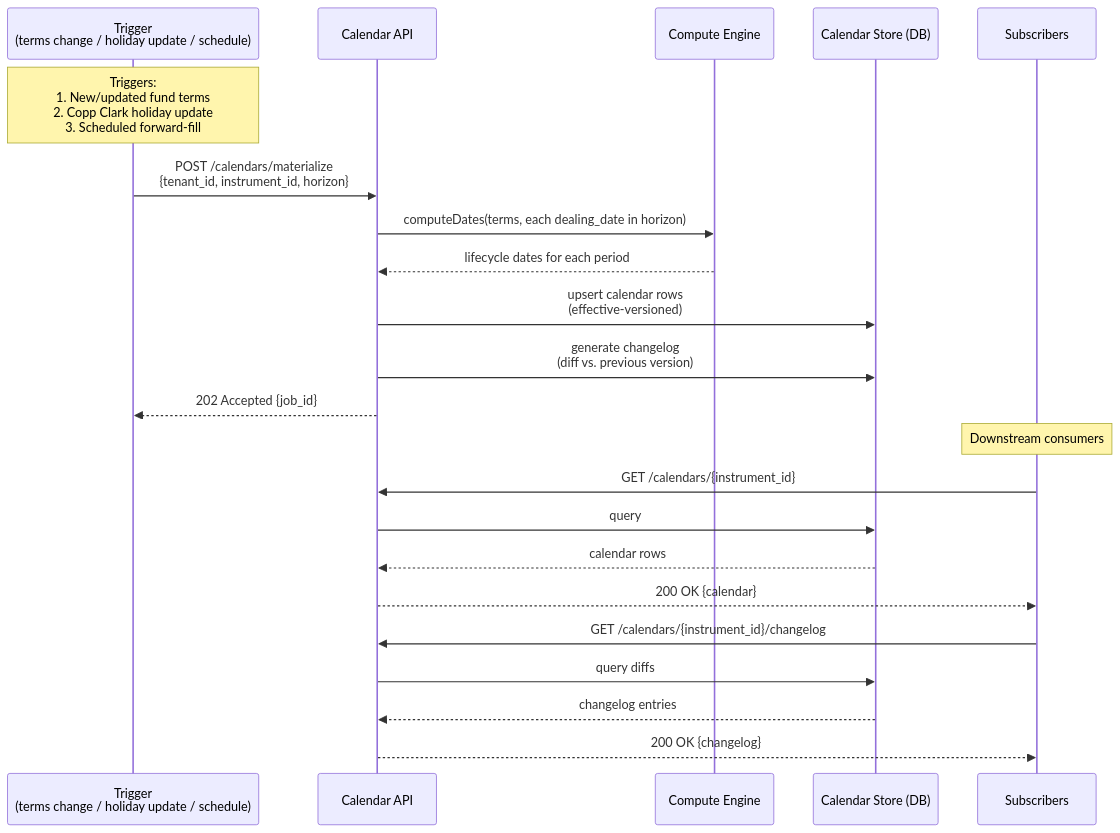
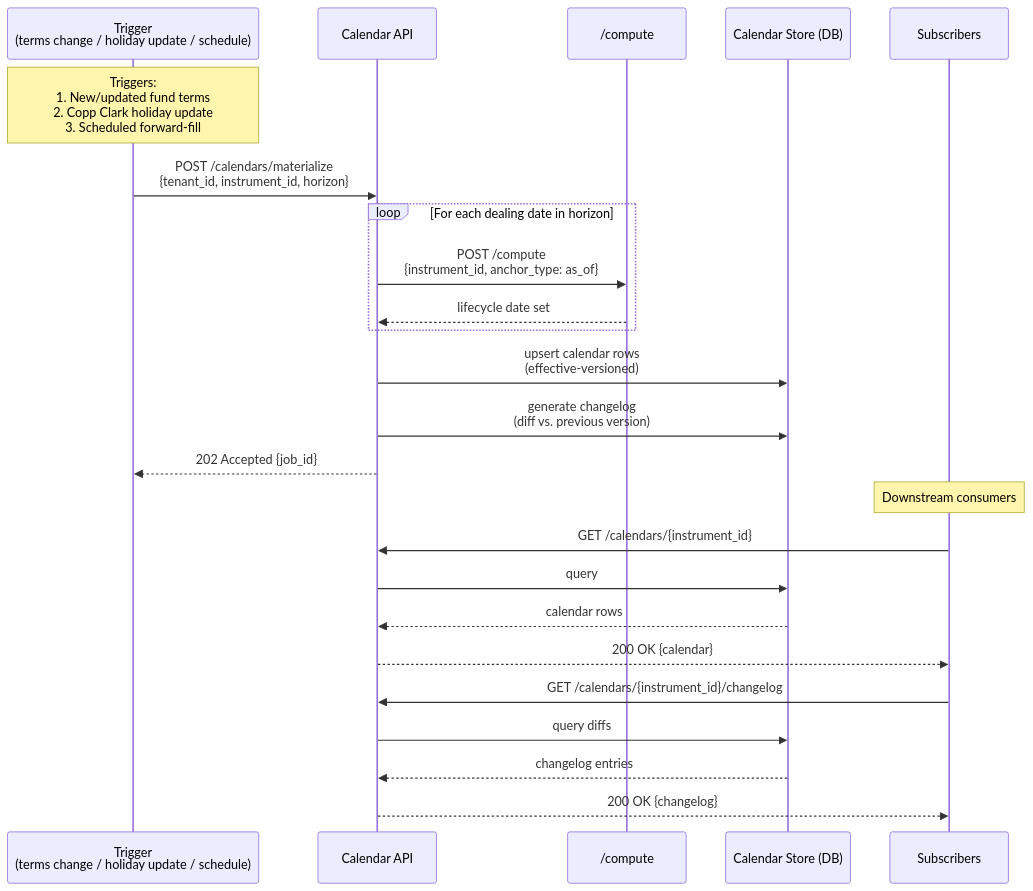
The fourth of 4 diagrams in lcs-main/docs/architecture.md (Ashu290905/OSYTE), drawn with Mermaid before and after one commit. The commit also changed other lines of this file, not shown here.

First line of the commit message:
Holiday Resolver returns holiday list, /compute is shared entry point

````diff
--- a/lcs-main/docs/architecture.md
+++ b/lcs-main/docs/architecture.md
@@ -330,33 +320,35 @@
 ```mermaid
 sequenceDiagram
     participant Trigger as Trigger<br/>(terms change / holiday update / schedule)
     participant CalAPI as Calendar API
-    participant CE as Compute Engine
+    participant Comp as /compute
     participant Store as Calendar Store (DB)
     participant Sub as Subscribers
 
     Note over Trigger: Triggers:<br/>1. New/updated fund terms<br/>2. Copp Clark holiday update<br/>3. Scheduled forward-fill
 
     Trigger->>CalAPI: POST /calendars/materialize<br/>{tenant_id, instrument_id, horizon}
 
-    CalAPI->>CE: computeDates(terms, each dealing_date in horizon)
-    CE-->>CalAPI: lifecycle dates for each period
+    loop For each dealing date in horizon
+        CalAPI->>Comp: POST /compute<br/>{instrument_id, anchor_type: as_of}
+        Comp-->>CalAPI: lifecycle date set
+    end
 
     CalAPI->>Store: upsert calendar rows<br/>(effective-versioned)
 
     CalAPI->>Store: generate changelog<br/>(diff vs. previous version)
 
     CalAPI-->>Trigger: 202 Accepted {job_id}
 
     Note over Sub: Downstream consumers
 
     Sub->>CalAPI: GET /calendars/{instrument_id}
     CalAPI->>Store: query
     Store-->>CalAPI: calendar rows
     CalAPI-->>Sub: 200 OK {calendar}
 
     Sub->>CalAPI: GET /calendars/{instrument_id}/changelog
     CalAPI->>Store: query diffs
     Store-->>CalAPI: changelog entries
     CalAPI-->>Sub: 200 OK {changelog}
 ```
````
